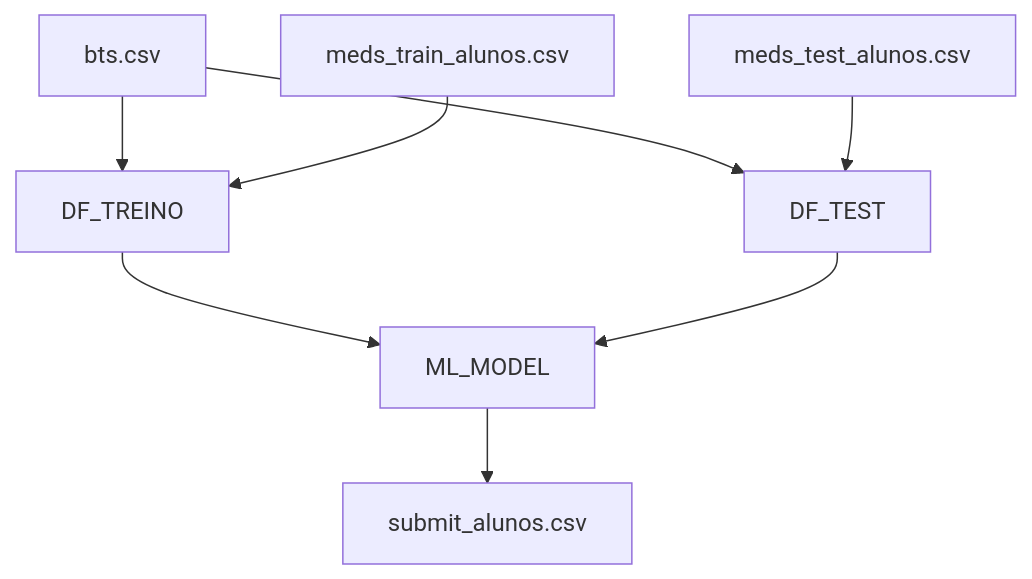
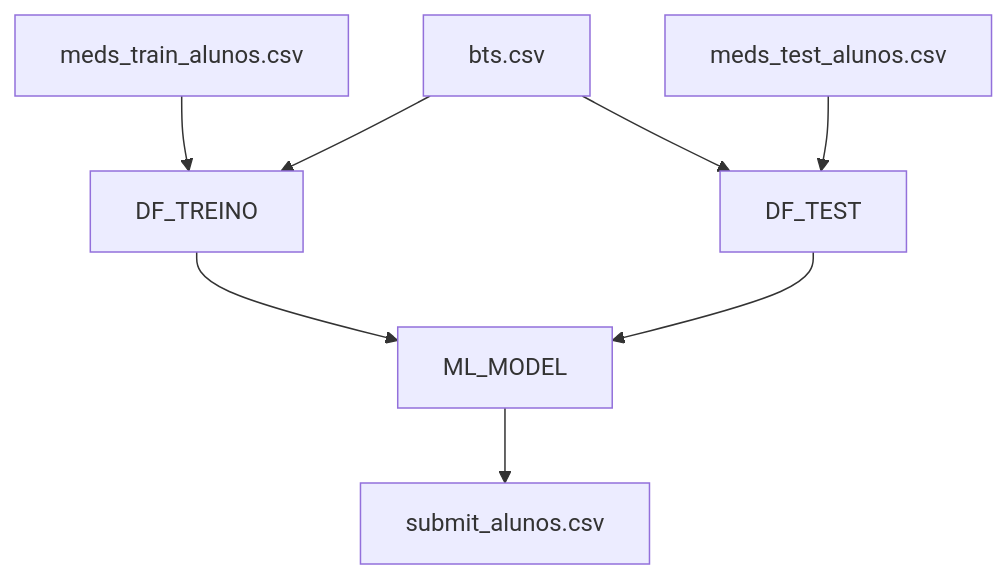
The diagram in README.md (timotrob/PComLocDados), drawn with Mermaid before and after one commit.

Commit message:
ajuste diagrama

````diff
--- a/README.md
+++ b/README.md
@@ -89,10 +89,10 @@
 ```mermaid
 graph TD;
+    meds_train_alunos.csv-->DF_TREINO;
     bts.csv-->DF_TREINO;
      bts.csv-->DF_TEST;
-     meds_train_alunos.csv-->DF_TREINO;
      DF_TREINO-->ML_MODEL;
      meds_test_alunos.csv-->DF_TEST;
       DF_TEST-->ML_MODEL;
     ML_MODEL-->submit_alunos.csv;
 ```
````
